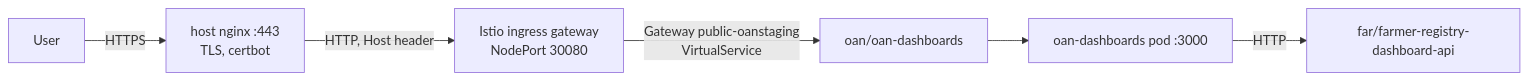
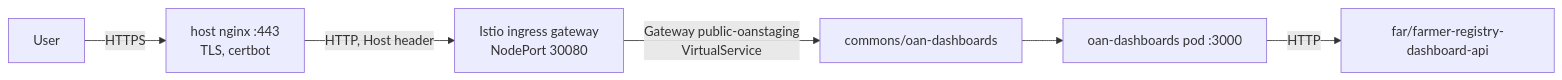
Before and after one commit to Centre-for-Open-Societal-Systems/oan_dashboards: the diagram in docs/deployment.md, drawn with Mermaid. The commit also changed other lines of this file and 10 other files, not shown here.

````diff
--- a/docs/deployment.md
+++ b/docs/deployment.md
@@ -15,8 +19,8 @@
 ```mermaid
 flowchart LR
     User -->|HTTPS| Nginx[host nginx :443<br/>TLS, certbot]
     Nginx -->|HTTP, Host header| Istio[Istio ingress gateway<br/>NodePort 30080]
-    Istio -->|Gateway public-oanstaging<br/>VirtualService| Svc[oan/oan-dashboards]
+    Istio -->|Gateway public-oanstaging<br/>VirtualService| Svc[commons/oan-dashboards]
     Svc --> Pod[oan-dashboards pod :3000]
     Pod -->|HTTP| FRS[far/farmer-registry-dashboard-api]
 ```
````
